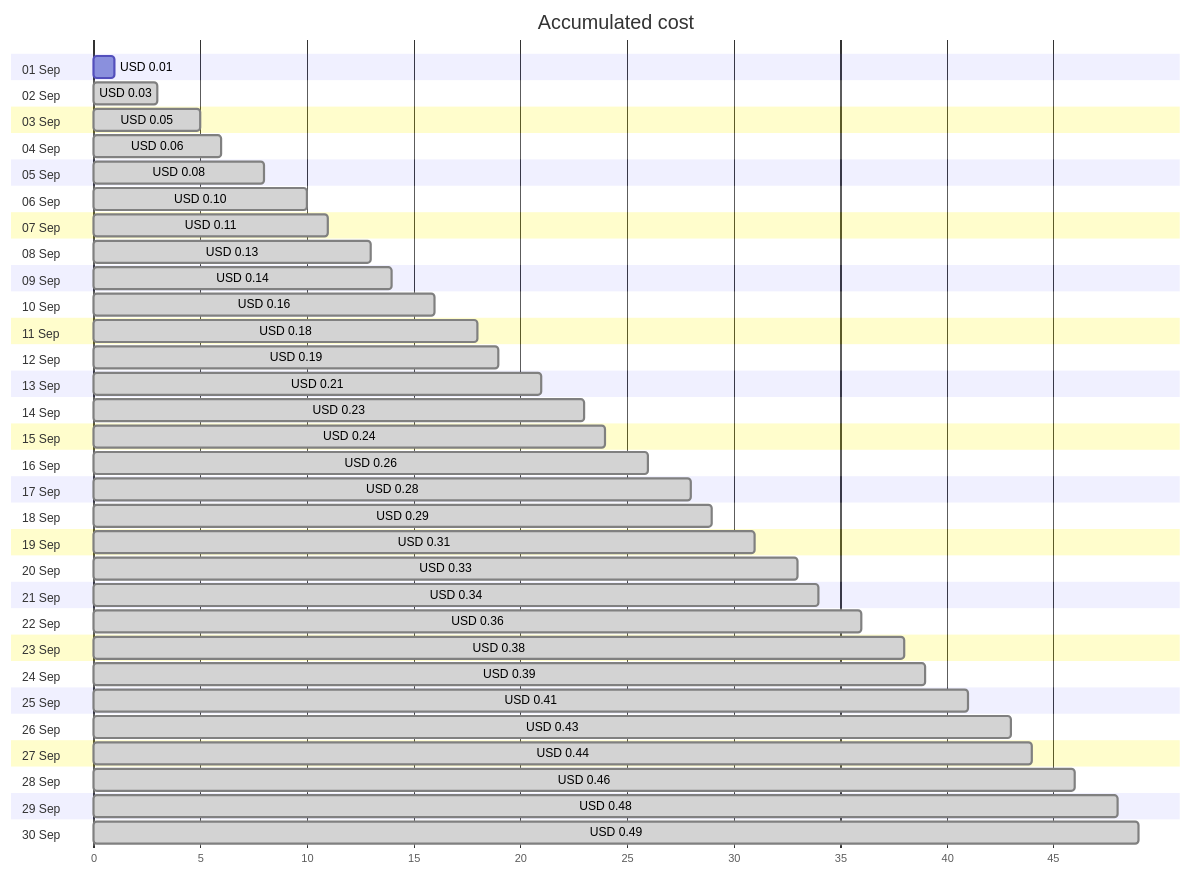
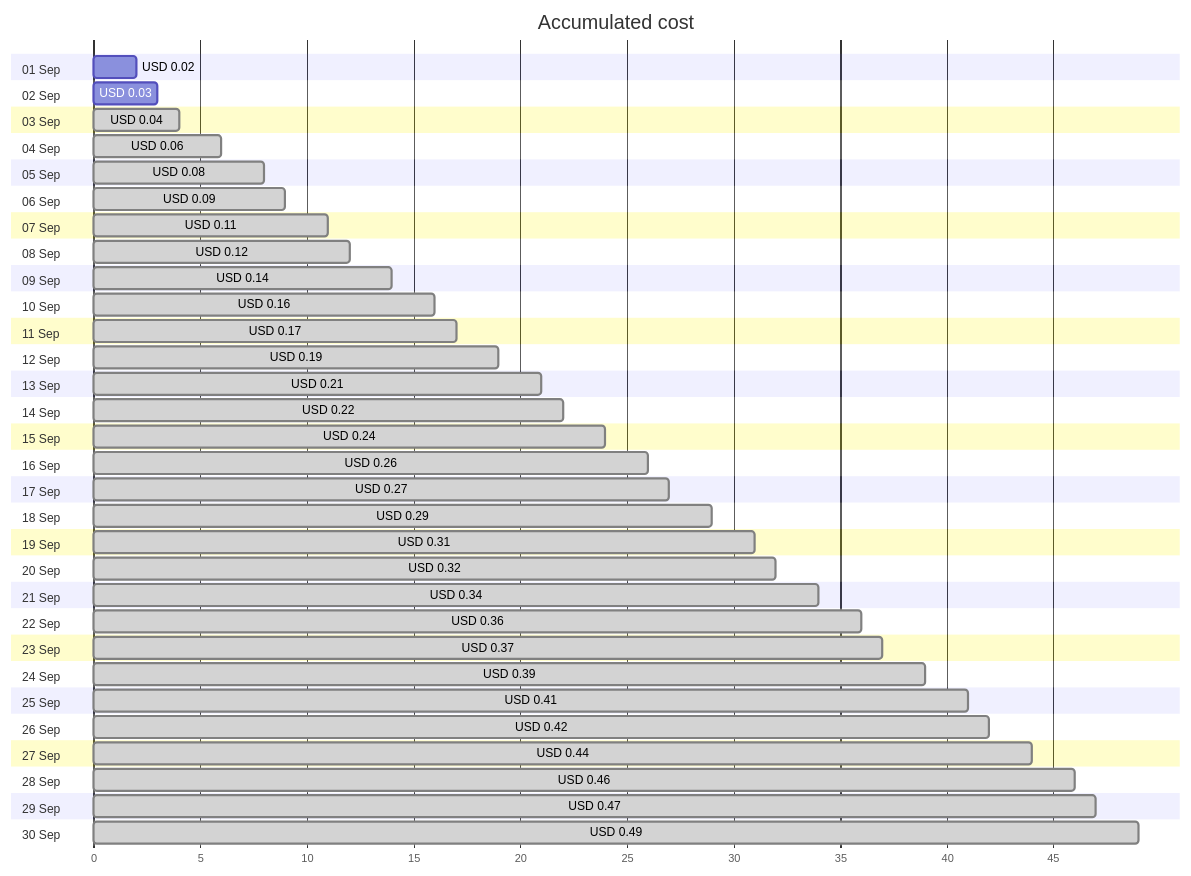
Before and after one commit to jpfulton/azure-personal-reports: the first of 4 diagrams in cost-reports/personal-dns/jpatrickfulton.dev.md, drawn with Mermaid. The commit also changed other lines of this file and 2 other files, not shown here.

Commit message:
Generated reports [skip ci]

````diff
--- a/cost-reports/personal-dns/jpatrickfulton.dev.md
+++ b/cost-reports/personal-dns/jpatrickfulton.dev.md
@@ -20,66 +20,66 @@
 ```mermaid
 gantt
    title Accumulated cost
    dateFormat  X
    axisFormat %s
    section 01 Sep
-   USD 0.01 :0, 1
+   USD 0.02 :0, 2
    section 02 Sep
-   USD 0.03 : done, 0, 3
+   USD 0.03 :0, 3
    section 03 Sep
-   USD 0.05 : done, 0, 5
+   USD 0.04 : done, 0, 4
    section 04 Sep
    USD 0.06 : done, 0, 6
    section 05 Sep
    USD 0.08 : done, 0, 8
    section 06 Sep
-   USD 0.10 : done, 0, 10
+   USD 0.09 : done, 0, 9
    section 07 Sep
    USD 0.11 : done, 0, 11
    section 08 Sep
-   USD 0.13 : done, 0, 13
+   USD 0.12 : done, 0, 12
    section 09 Sep
    USD 0.14 : done, 0, 14
    section 10 Sep
    USD 0.16 : done, 0, 16
    section 11 Sep
-   USD 0.18 : done, 0, 18
+   USD 0.17 : done, 0, 17
    section 12 Sep
    USD 0.19 : done, 0, 19
    section 13 Sep
    USD 0.21 : done, 0, 21
    section 14 Sep
-   USD 0.23 : done, 0, 23
+   USD 0.22 : done, 0, 22
    section 15 Sep
    USD 0.24 : done, 0, 24
    section 16 Sep
    USD 0.26 : done, 0, 26
    section 17 Sep
-   USD 0.28 : done, 0, 28
+   USD 0.27 : done, 0, 27
    section 18 Sep
    USD 0.29 : done, 0, 29
    section 19 Sep
    USD 0.31 : done, 0, 31
    section 20 Sep
-   USD 0.33 : done, 0, 33
+   USD 0.32 : done, 0, 32
    section 21 Sep
    USD 0.34 : done, 0, 34
    section 22 Sep
    USD 0.36 : done, 0, 36
    section 23 Sep
-   USD 0.38 : done, 0, 38
+   USD 0.37 : done, 0, 37
    section 24 Sep
    USD 0.39 : done, 0, 39
    section 25 Sep
    USD 0.41 : done, 0, 41
    section 26 Sep
-   USD 0.43 : done, 0, 43
+   USD 0.42 : done, 0, 42
    section 27 Sep
    USD 0.44 : done, 0, 44
    section 28 Sep
    USD 0.46 : done, 0, 46
    section 29 Sep
-   USD 0.48 : done, 0, 48
+   USD 0.47 : done, 0, 47
    section 30 Sep
    USD 0.49 : done, 0, 49
 ```
````
